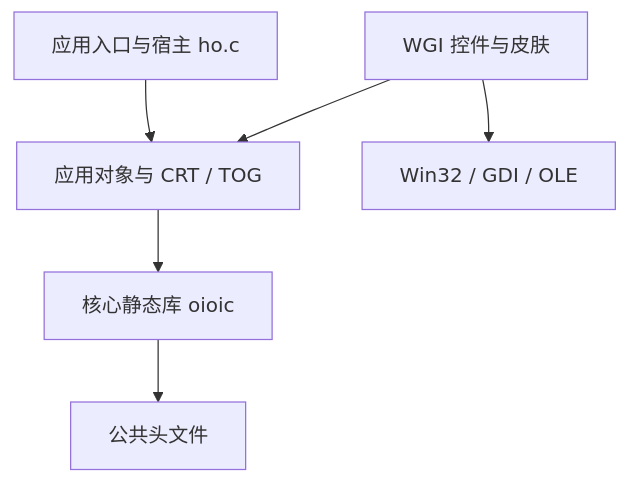
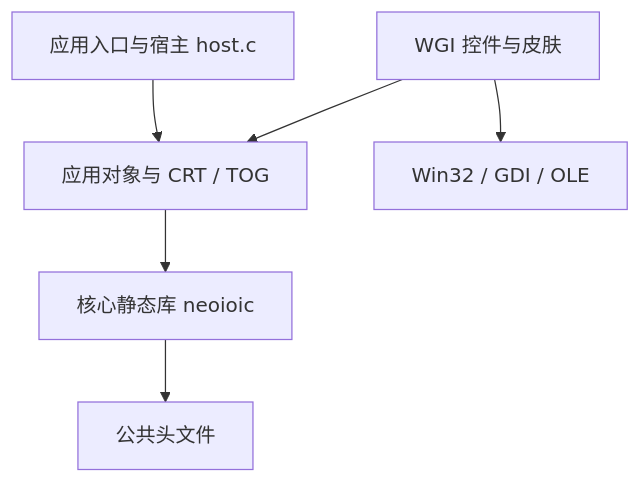
The diagram in docs/architecture.md (neoioic/neoioic), drawn with Mermaid before and after one commit. The commit also changed other lines of this file and 371 other files, not shown here.

````diff
--- a/docs/architecture.md
+++ b/docs/architecture.md
@@ -7,8 +7,8 @@
 ```mermaid
 graph TD
-    APP[应用入口与宿主 ho.c] --> OBJECT[应用对象与 CRT / TOG]
-    OBJECT --> CORE[核心静态库 oioic]
+    APP[应用入口与宿主 host.c] --> OBJECT[应用对象与 CRT / TOG]
+    OBJECT --> CORE[核心静态库 neoioic]
     CORE --> HEADER[公共头文件]
     WGI[WGI 控件与皮肤] --> OBJECT
     WGI --> WIN[Win32 / GDI / OLE]
 ```
````
